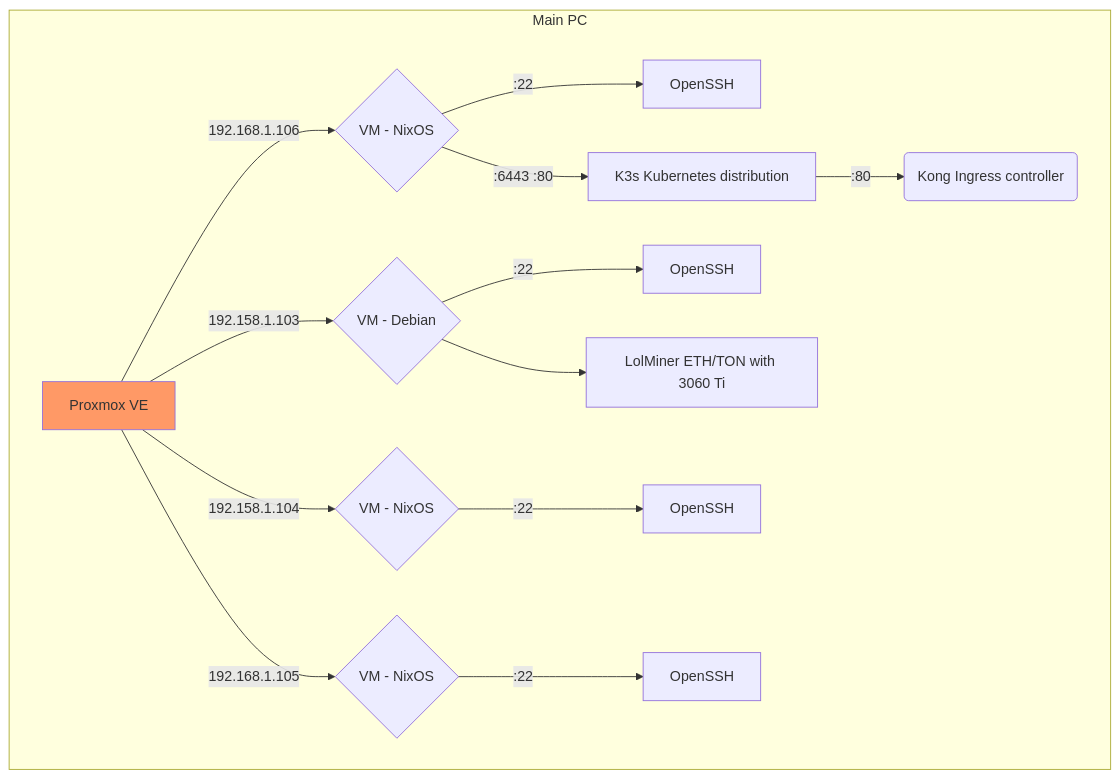
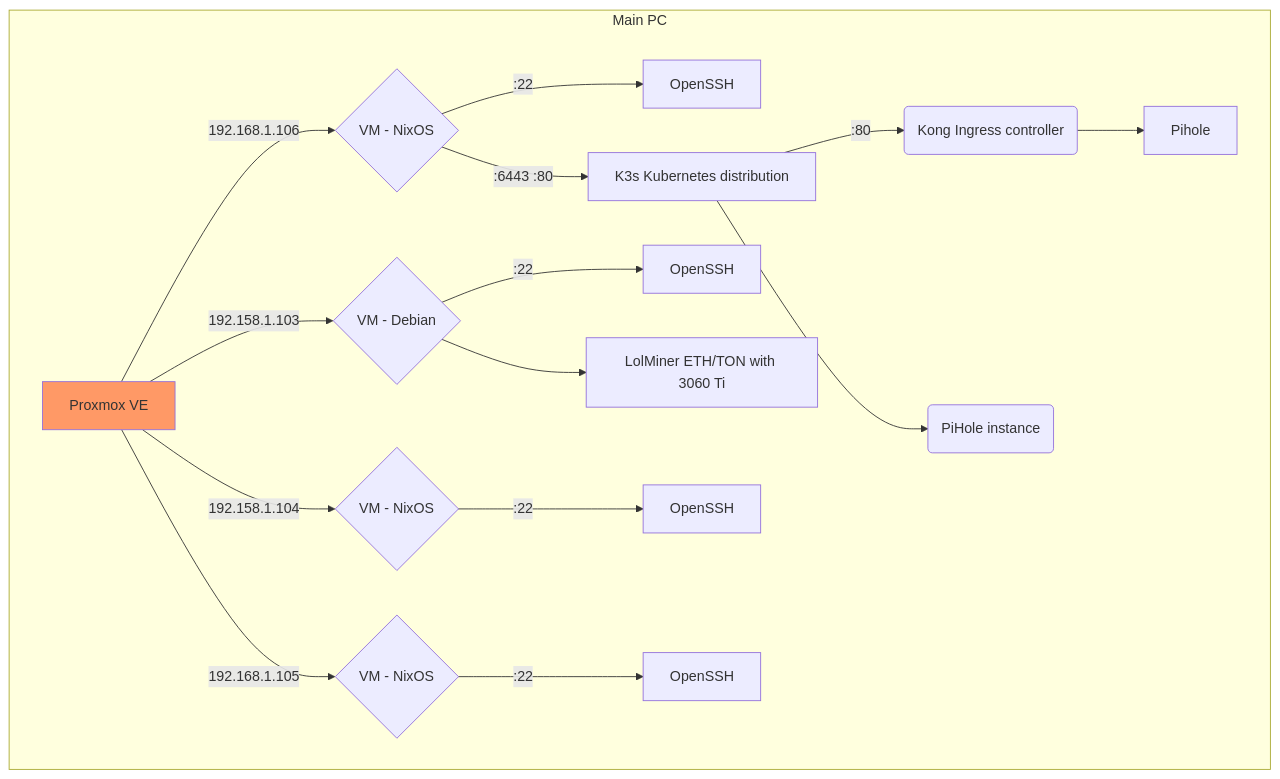
Before and after one commit to portothree/dotfiles: the diagram in homelab/README.md, drawn with Mermaid.

Commit message:
docs: update diagram

````diff
--- a/homelab/README.md
+++ b/homelab/README.md
@@ -3,19 +3,21 @@
 ```mermaid
 graph TD
 	subgraph Main PC
 		A[Proxmox VE] -->|192.168.1.106| 100{VM - NixOS};
 		100 -->|:22| 100_ssh[OpenSSH];
 		100 -->|:6443 :80| K3s[K3s Kubernetes distribution];
 		K3s -->|:80| Kong(Kong Ingress controller);
+		K3s --> PiHole(PiHole instance);
+		Kong --> Pihole;
 		A -->|192.158.1.103| 102{VM - Debian};
 		102 -->|:22| 102_ssh[OpenSSH];
 		102 --> lolminer[LolMiner ETH/TON with 3060 Ti];
 		A -->|192.158.1.104| 103{VM - NixOS};
 		103 -->|:22| 103_ssh[OpenSSH];
 		A -->|192.168.1.105| 104{VM - NixOS};
 		104 -->|:22| 104_ssh[OpenSSH];
 	end
 	
 	classDef orange fill:#f96;
 	class A orange
 ```
````
